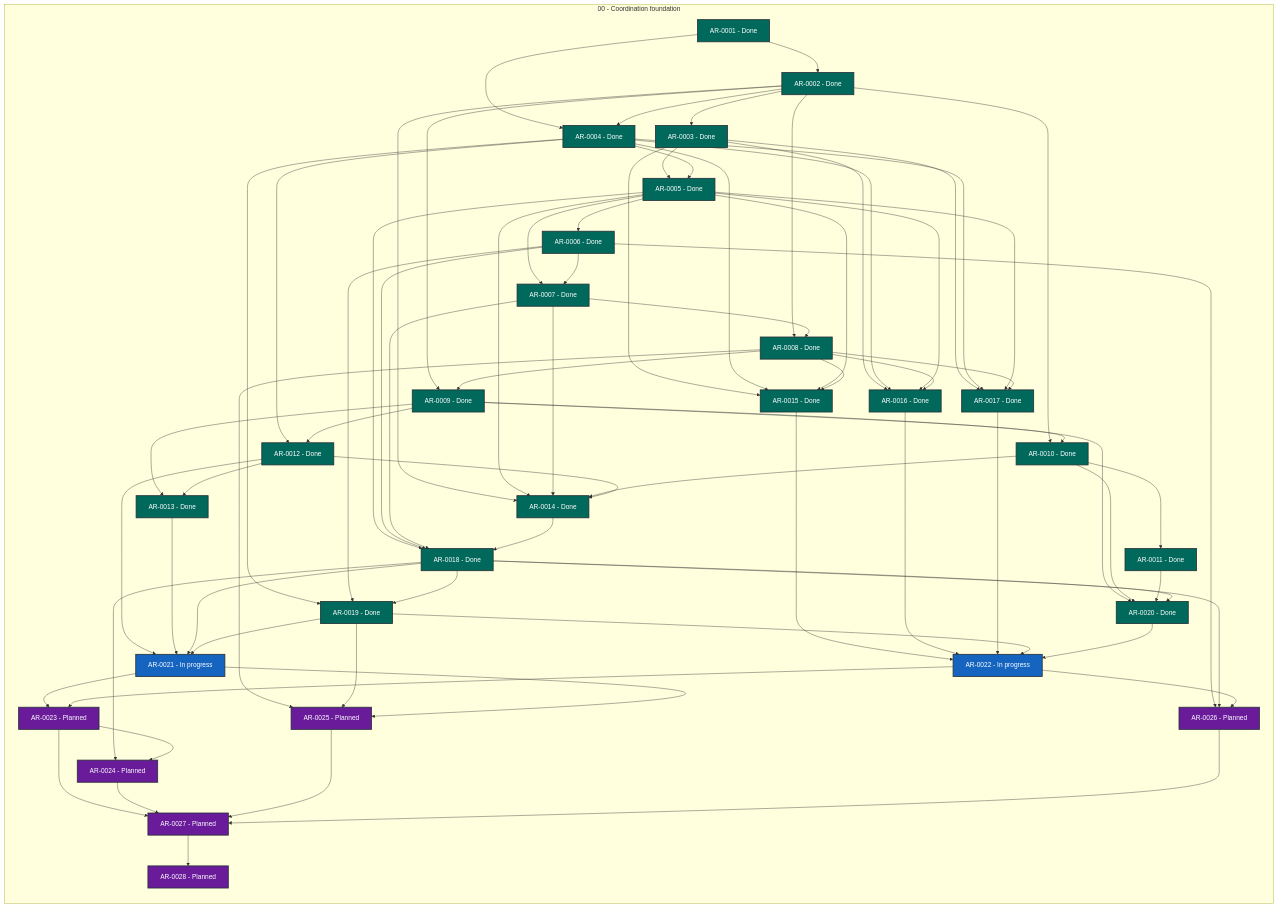
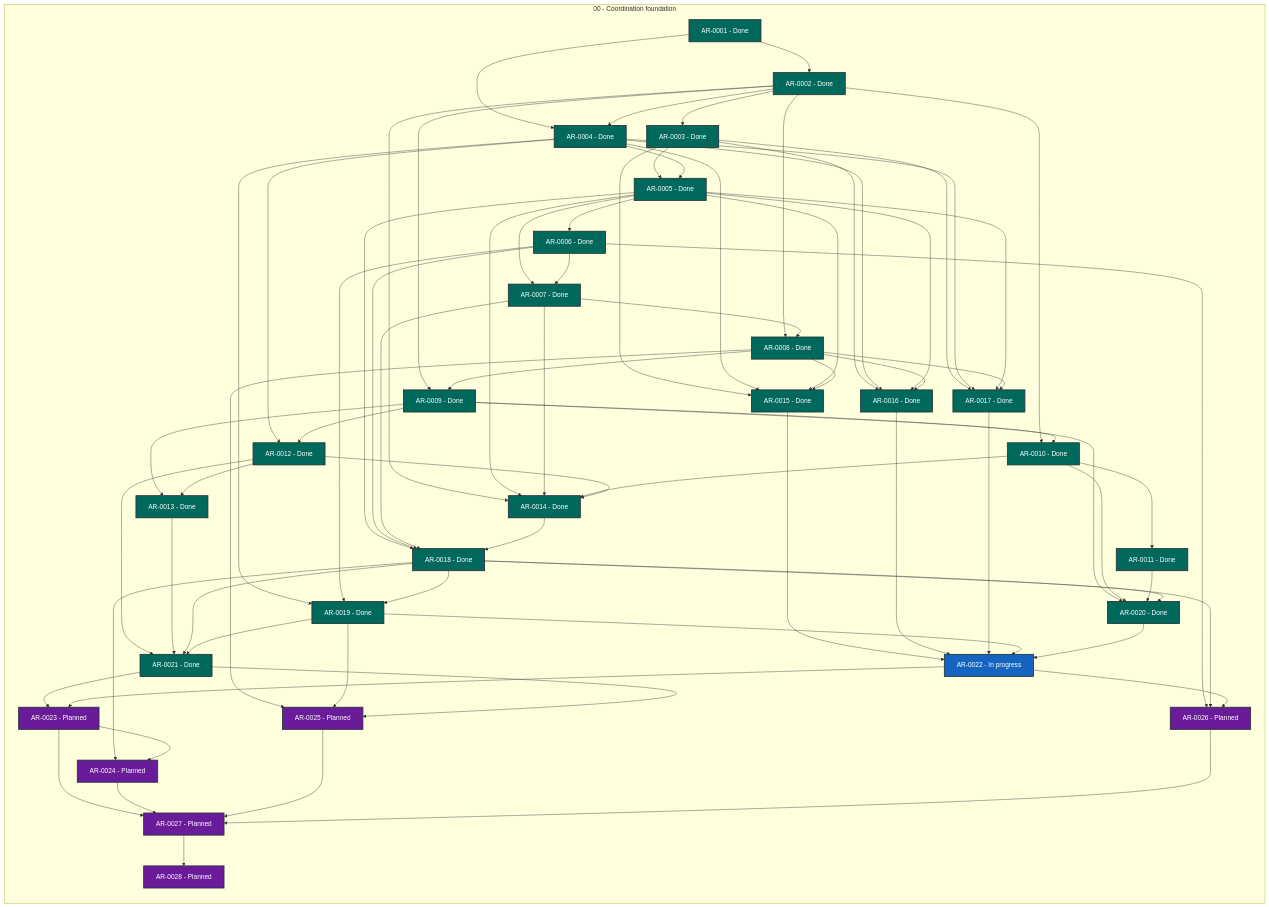
The diagram in STATUS.md (martin-beck/agent-workflow-runtime-state), drawn with Mermaid before and after one commit. The commit also changed other lines of this file and 2 other files, not shown here.

```diff
--- a/STATUS.md
+++ b/STATUS.md
@@ -48,7 +48,7 @@
         AR_0018["AR-0018 - Done"]:::status_done
         AR_0019["AR-0019 - Done"]:::status_done
         AR_0020["AR-0020 - Done"]:::status_done
-        AR_0021["AR-0021 - In progress"]:::status_in_progress
+        AR_0021["AR-0021 - Done"]:::status_done
         AR_0022["AR-0022 - In progress"]:::status_in_progress
         AR_0023["AR-0023 - Planned"]:::status_planned
         AR_0024["AR-0024 - Planned"]:::status_planned
```
